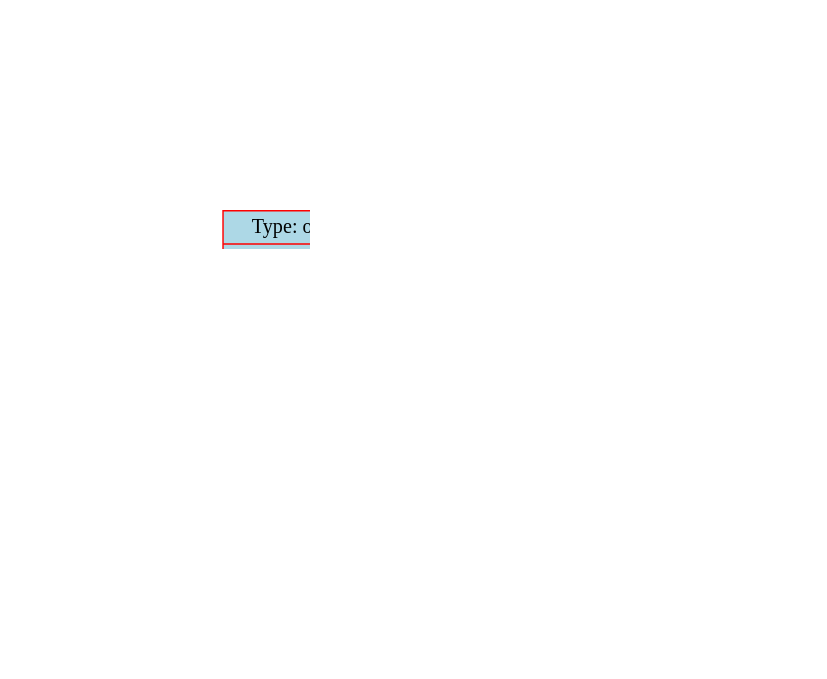
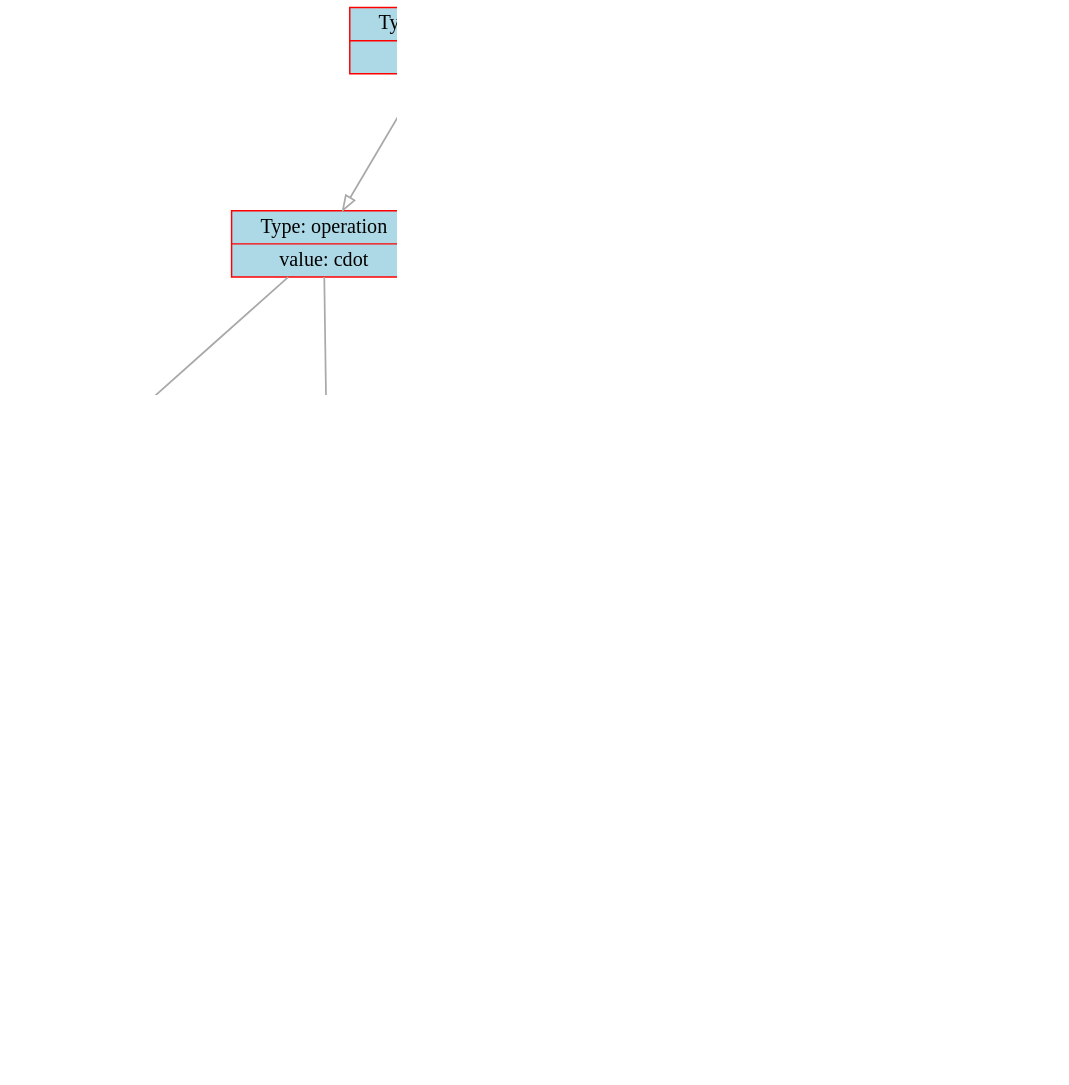
Before and after one commit to dodokek/Derivative-Calculator: the diagram in data/graph.dot, drawn with Graphviz. The commit also changed 18 other files, not shown here.

```diff
--- a/data/graph.dot
+++ b/data/graph.dot
@@ -1,37 +1,55 @@
 
     digraph g {
         dpi      = 200;
         fontname = "Comic Sans MS";
         fontsize = 20;
         rankdir   =  TB;
         edge [color = darkgrey, arrowhead = onormal, arrowsize = 1, penwidth = 1.2]
         graph[fillcolor = lightgreen, ranksep = 1.3, nodesep = 0.5,
         style = "rounded, filled",color = green, penwidth = 2]
 
-    Node000002541c071890[shape=record, width=0.2, style="filled", color="red", fillcolor="lightblue",label=" {Type: operation | value: \cdot}"] 
+    Node000001e5be151a90[shape=record, width=0.2, style="filled", color="red", fillcolor="lightblue",label=" {Type: operation | value: +}"] 
  
-Node000002541c071860[shape=record, width=0.2, style="filled", color="red", fillcolor="lightblue",label=" {Type: operation | value: /}"] 
+Node000001e5be151cd0[shape=record, width=0.2, style="filled", color="red", fillcolor="lightblue",label=" {Type: operation | value: \cdot}"] 
  
-Node000002541c071830[shape=record, width=0.2, style="filled", color="red", fillcolor="lightblue",label=" {Type: number | value: 1}"] 
+Node000001e5be151ca0[shape=record, width=0.2, style="filled", color="red", fillcolor="lightblue",label=" {Type: operation | value: cos}"] 
  
-Node000002541c071800[shape=record, width=0.2, style="filled", color="red", fillcolor="lightblue",label=" {Type: operation | value: +}"] 
+Node000001e5be151be0[shape=record, width=0.2, style="filled", color="red", fillcolor="lightblue",label=" {Type: variable | value: X}"] 
  
-Node000002541c071680[shape=record, width=0.2, style="filled", color="red", fillcolor="lightblue",label=" {Type: number | value: 5}"] 
+Node000001e5be151a60[shape=record, width=0.2, style="filled", color="red", fillcolor="lightblue",label=" {Type: number | value: 1}"] 
  
-Node000002541c0716b0[shape=record, width=0.2, style="filled", color="red", fillcolor="lightblue",label=" {Type: variable | value: X}"] 
+Node000001e5be1519d0[shape=record, width=0.2, style="filled", color="red", fillcolor="lightblue",label=" {Type: operation | value: \cdot}"] 
  
-Node000002541c0717d0[shape=record, width=0.2, style="filled", color="red", fillcolor="lightblue",label=" {Type: operation | value: +}"] 
+Node000001e5be151b20[shape=record, width=0.2, style="filled", color="red", fillcolor="lightblue",label=" {Type: operation | value: \cdot}"] 
  
-Node000002541c0717a0[shape=record, width=0.2, style="filled", color="red", fillcolor="lightblue",label=" {Type: number | value: 0}"] 
+Node000001e5be1518f0[shape=record, width=0.2, style="filled", color="red", fillcolor="lightblue",label=" {Type: number | value: -1}"] 
  
-Node000002541c071770[shape=record, width=0.2, style="filled", color="red", fillcolor="lightblue",label=" {Type: number | value: 1}"] 
+Node000001e5be1518c0[shape=record, width=0.2, style="filled", color="red", fillcolor="lightblue",label=" {Type: operation | value: sin}"] 
  
-Node000002541c071890->Node000002541c071860
-Node000002541c071860->Node000002541c071830
-Node000002541c071860->Node000002541c071800
-Node000002541c071800->Node000002541c071680
-Node000002541c071800->Node000002541c0716b0
-Node000002541c071890->Node000002541c0717d0
-Node000002541c0717d0->Node000002541c0717a0
-Node000002541c0717d0->Node000002541c071770
+Node000001e5be151890[shape=record, width=0.2, style="filled", color="red", fillcolor="lightblue",label=" {Type: operation | value: +}"] 
+ 
+Node000001e5be1516e0[shape=record, width=0.2, style="filled", color="red", fillcolor="lightblue",label=" {Type: variable | value: X}"] 
+ 
+Node000001e5be151710[shape=record, width=0.2, style="filled", color="red", fillcolor="lightblue",label=" {Type: number | value: 5}"] 
+ 
+Node000001e5be151860[shape=record, width=0.2, style="filled", color="red", fillcolor="lightblue",label=" {Type: operation | value: +}"] 
+ 
+Node000001e5be151830[shape=record, width=0.2, style="filled", color="red", fillcolor="lightblue",label=" {Type: number | value: 1}"] 
+ 
+Node000001e5be151800[shape=record, width=0.2, style="filled", color="red", fillcolor="lightblue",label=" {Type: number | value: 0}"] 
+ 
+Node000001e5be151a90->Node000001e5be151cd0
+Node000001e5be151cd0->Node000001e5be151ca0
+Node000001e5be151ca0->Node000001e5be151be0
+Node000001e5be151cd0->Node000001e5be151a60
+Node000001e5be151a90->Node000001e5be1519d0
+Node000001e5be1519d0->Node000001e5be151b20
+Node000001e5be151b20->Node000001e5be1518f0
+Node000001e5be151b20->Node000001e5be1518c0
+Node000001e5be1518c0->Node000001e5be151890
+Node000001e5be151890->Node000001e5be1516e0
+Node000001e5be151890->Node000001e5be151710
+Node000001e5be1519d0->Node000001e5be151860
+Node000001e5be151860->Node000001e5be151830
+Node000001e5be151860->Node000001e5be151800
 }
```
